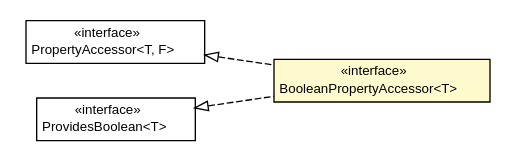
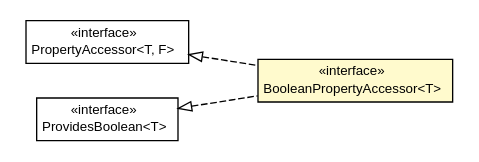
Before and after one commit to growbit/turbogwt-databind: the diagram in javadoc/apidocs/org/turbogwt/mvp/databind/client/property/BooleanPropertyAccessor.dot, drawn with Graphviz. The commit also changed 171 other files, not shown here.

```diff
--- a/javadoc/apidocs/org/turbogwt/mvp/databind/client/property/BooleanPropertyAccessor.dot
+++ b/javadoc/apidocs/org/turbogwt/mvp/databind/client/property/BooleanPropertyAccessor.dot
@@ -1,38 +1,38 @@
 #!/usr/local/bin/dot
 #
 # Class diagram 
 # Generated by UMLGraph version R5_6-24-gf6e263 (http://www.umlgraph.org/)
 #
 
 digraph G {
-	edge [fontname="Helvetica",fontsize=10,labelfontname="Helvetica",labelfontsize=10];
-	node [fontname="Helvetica",fontsize=10,shape=plaintext];
+	edge [fontname="arial",fontsize=10,labelfontname="arial",labelfontsize=10];
+	node [fontname="arial",fontsize=10,shape=plaintext];
 	nodesep=0.25;
 	ranksep=0.5;
 	rankdir=LR;
+	// org.turbogwt.mvp.databind.client.property.PropertyAccessor<T, F>
+	c361 [label=<<table title="org.turbogwt.mvp.databind.client.property.PropertyAccessor" border="0" cellborder="1" cellspacing="0" cellpadding="2" port="p" href="./PropertyAccessor.html">
+		<tr><td><table border="0" cellspacing="0" cellpadding="1">
+<tr><td align="center" balign="center"> &#171;interface&#187; </td></tr>
+<tr><td align="center" balign="center"> PropertyAccessor&lt;T, F&gt; </td></tr>
+		</table></td></tr>
+		</table>>, URL="./PropertyAccessor.html", fontname="arial", fontcolor="black", fontsize=10.0];
 	// org.turbogwt.mvp.databind.client.property.BooleanPropertyAccessor<T>
-	c309 [label=<<table title="org.turbogwt.mvp.databind.client.property.BooleanPropertyAccessor" border="0" cellborder="1" cellspacing="0" cellpadding="2" port="p" bgcolor="lemonChiffon" href="./BooleanPropertyAccessor.html">
+	c364 [label=<<table title="org.turbogwt.mvp.databind.client.property.BooleanPropertyAccessor" border="0" cellborder="1" cellspacing="0" cellpadding="2" port="p" bgcolor="lemonChiffon" href="./BooleanPropertyAccessor.html">
 		<tr><td><table border="0" cellspacing="0" cellpadding="1">
 <tr><td align="center" balign="center"> &#171;interface&#187; </td></tr>
 <tr><td align="center" balign="center"> BooleanPropertyAccessor&lt;T&gt; </td></tr>
 		</table></td></tr>
-		</table>>, URL="./BooleanPropertyAccessor.html", fontname="Helvetica", fontcolor="black", fontsize=10.0];
-	// org.turbogwt.mvp.databind.client.property.PropertyAccessor<T, F>
-	c311 [label=<<table title="org.turbogwt.mvp.databind.client.property.PropertyAccessor" border="0" cellborder="1" cellspacing="0" cellpadding="2" port="p" href="./PropertyAccessor.html">
-		<tr><td><table border="0" cellspacing="0" cellpadding="1">
-<tr><td align="center" balign="center"> &#171;interface&#187; </td></tr>
-<tr><td align="center" balign="center"> PropertyAccessor&lt;T, F&gt; </td></tr>
-		</table></td></tr>
-		</table>>, URL="./PropertyAccessor.html", fontname="Helvetica", fontcolor="black", fontsize=10.0];
+		</table>>, URL="./BooleanPropertyAccessor.html", fontname="arial", fontcolor="black", fontsize=10.0];
 	//org.turbogwt.mvp.databind.client.property.BooleanPropertyAccessor<T> implements org.turbogwt.mvp.databind.client.property.PropertyAccessor<T, F>
-	c311:p -> c309:p [dir=back,arrowtail=empty,style=dashed];
-	//org.turbogwt.mvp.databind.client.property.BooleanPropertyAccessor<T> implements org.turbogwt.core.providers.client.ProvidesBoolean<T>
-	c321:p -> c309:p [dir=back,arrowtail=empty,style=dashed];
-	// org.turbogwt.core.providers.client.ProvidesBoolean<T>
-	c321 [label=<<table title="org.turbogwt.core.providers.client.ProvidesBoolean" border="0" cellborder="1" cellspacing="0" cellpadding="2" port="p">
+	c361:p -> c364:p [dir=back,arrowtail=empty,style=dashed];
+	//org.turbogwt.mvp.databind.client.property.BooleanPropertyAccessor<T> implements org.turbogwt.core.util.shared.ProvidesBoolean<T>
+	c373:p -> c364:p [dir=back,arrowtail=empty,style=dashed];
+	// org.turbogwt.core.util.shared.ProvidesBoolean<T>
+	c373 [label=<<table title="org.turbogwt.core.util.shared.ProvidesBoolean" border="0" cellborder="1" cellspacing="0" cellpadding="2" port="p">
 		<tr><td><table border="0" cellspacing="0" cellpadding="1">
 <tr><td align="center" balign="center"> &#171;interface&#187; </td></tr>
 <tr><td align="center" balign="center"> ProvidesBoolean&lt;T&gt; </td></tr>
 		</table></td></tr>
-		</table>>, URL="null", fontname="Helvetica", fontcolor="black", fontsize=10.0];
+		</table>>, URL="null", fontname="arial", fontcolor="black", fontsize=10.0];
 }
```
